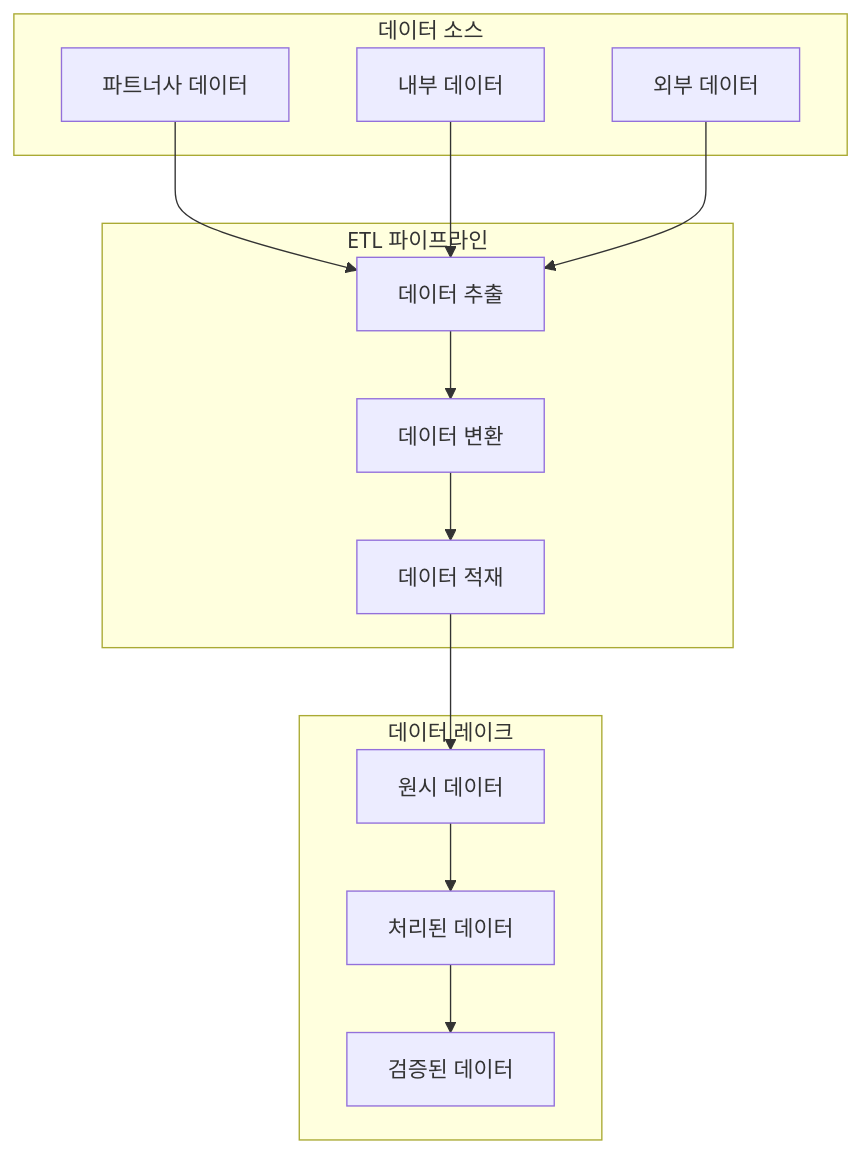
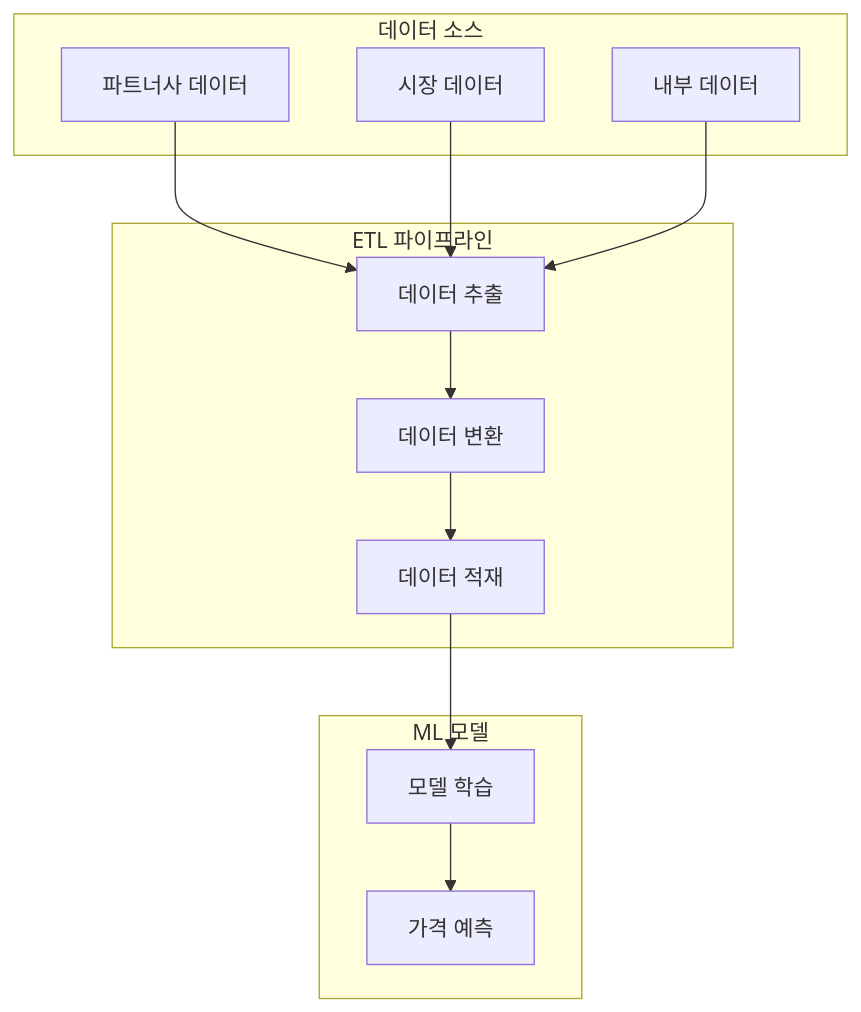
One commit to yeokyeong-yoon/yeokyeong-yoon.github.io changed the second of 5 diagrams in _posts/2025-03-18-etl-pipeline.md. Above: the diagram before and after it, drawn with Mermaid. The commit also changed other lines of this file, not shown here.

````diff
--- a/_posts/2025-03-18-etl-pipeline.md
+++ b/_posts/2025-03-18-etl-pipeline.md
@@ -115,31 +103,28 @@
 ```mermaid
 graph TD
     subgraph "데이터 소스"
         Partner[파트너사 데이터]
+        Market[시장 데이터]
         Internal[내부 데이터]
-        External[외부 데이터]
     end
     
     subgraph "ETL 파이프라인"
         Extract[데이터 추출]
         Transform[데이터 변환]
         Load[데이터 적재]
     end
     
-    subgraph "데이터 레이크"
-        Raw[원시 데이터]
-        Processed[처리된 데이터]
-        Validated[검증된 데이터]
+    subgraph "ML 모델"
+        Training[모델 학습]
+        Prediction[가격 예측]
     end
     
     Partner --> Extract
+    Market --> Extract
     Internal --> Extract
-    External --> Extract
     
     Extract --> Transform
     Transform --> Load
-    
-    Load --> Raw
-    Raw --> Processed
-    Processed --> Validated
+    Load --> Training
+    Training --> Prediction
 ```
````
